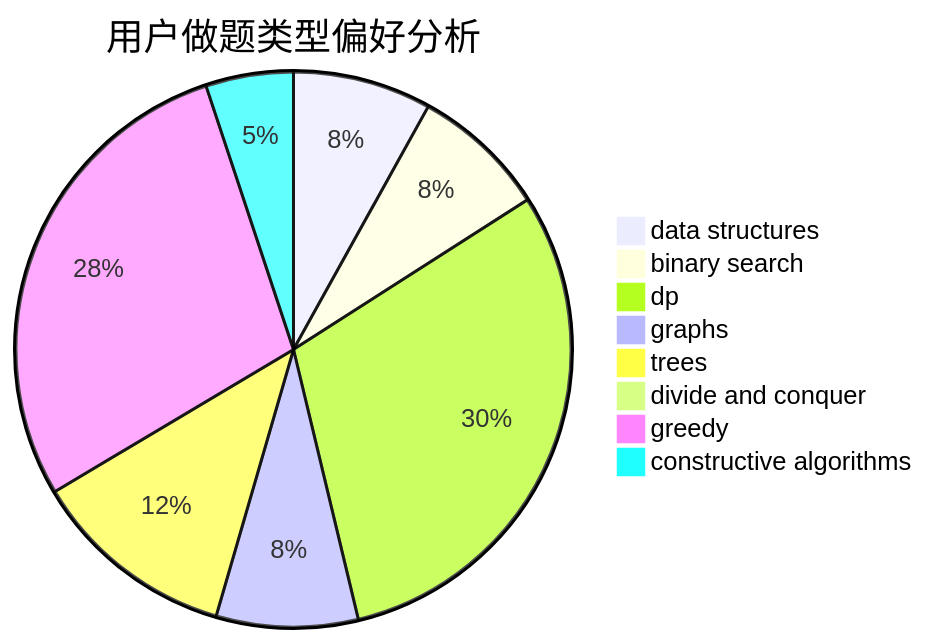
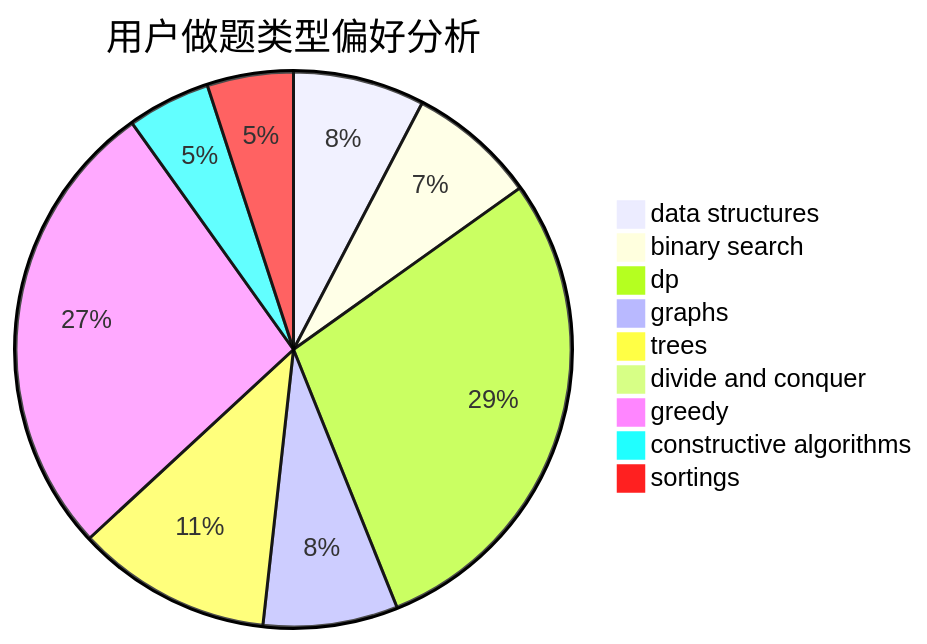
One commit to sherpahu/cfrs.github.io changed the second of 3 diagrams in docs/user/u1900.md. Above: the diagram before and after it, drawn with Mermaid. The commit also changed other lines of this file and 2769 other files, not shown here.

````diff
--- a/docs/user/u1900.md
+++ b/docs/user/u1900.md
@@ -23,11 +18,12 @@
 ```mermaid
 pie title 用户做题类型偏好分析
     "data structures" :  87
     "binary search" :  85
     "dp" :  327
     "graphs" :  89
     "trees" :  129
     "divide and conquer" :  5
     "greedy" :  307
     "constructive algorithms" :  55
+    "sortings" :  57
 ```
````
